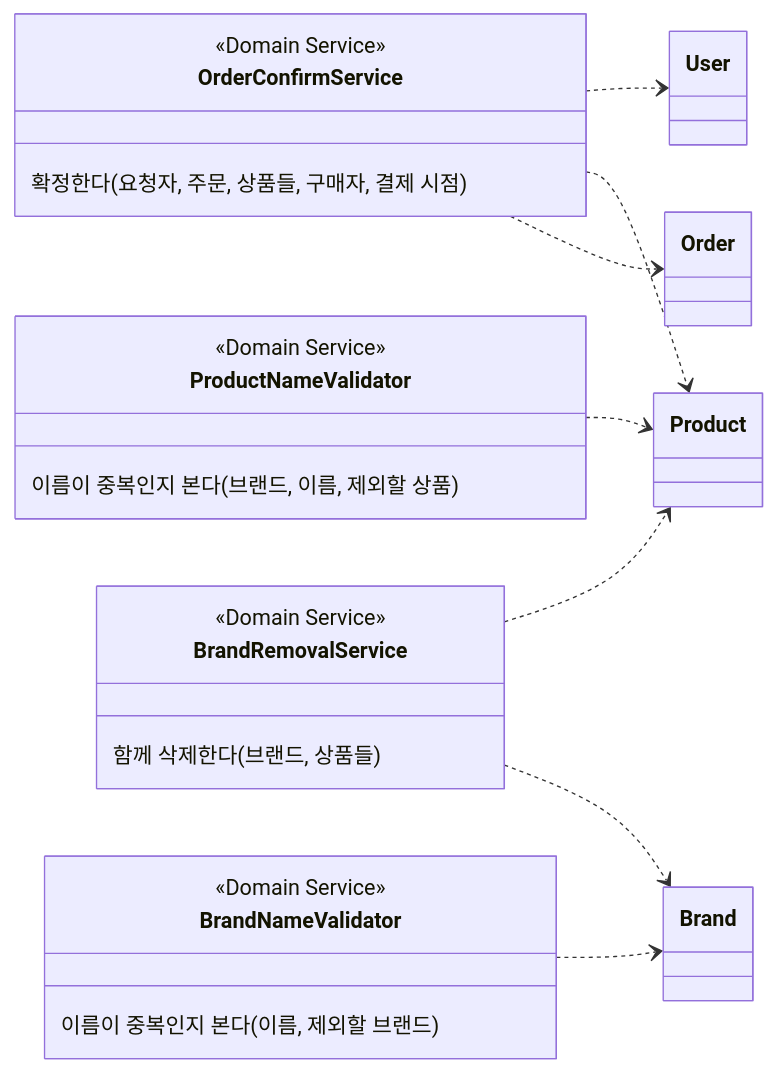
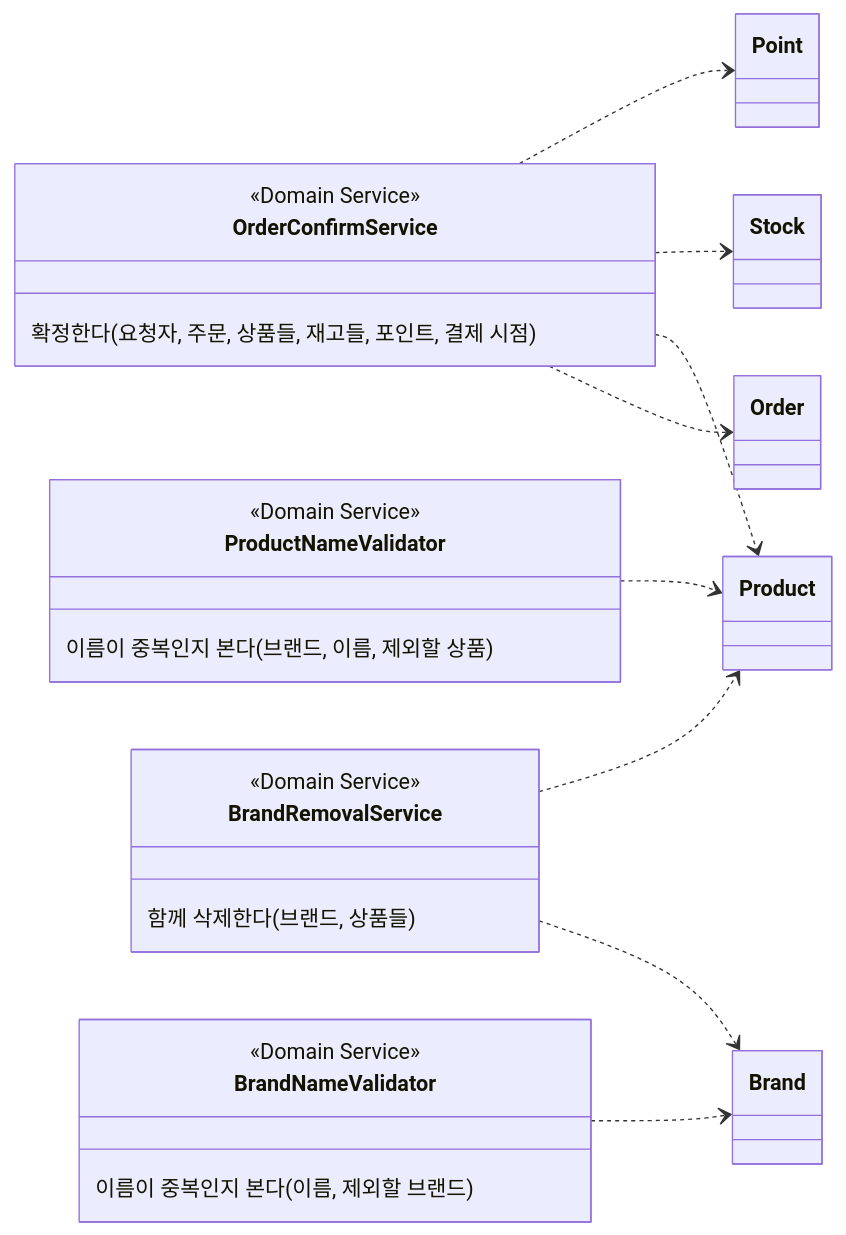
One commit to jeongye01/loop-pack-be-l2-vol5-java changed the second of 2 diagrams in docs/week2/domain-relations.md. Above: the diagram before and after it, drawn with Mermaid. The commit also changed other lines of this file and 3 other files, not shown here.

````diff
--- a/docs/week2/domain-relations.md
+++ b/docs/week2/domain-relations.md
@@ -137,29 +144,30 @@
 ```mermaid
 classDiagram
     direction LR
 
     class OrderConfirmService {
         <<Domain Service>>
-        확정한다(요청자, 주문, 상품들, 구매자, 결제 시점)
+        확정한다(요청자, 주문, 상품들, 재고들, 포인트, 결제 시점)
     }
     class BrandRemovalService {
         <<Domain Service>>
         함께 삭제한다(브랜드, 상품들)
     }
     class BrandNameValidator {
         <<Domain Service>>
         이름이 중복인지 본다(이름, 제외할 브랜드)
     }
     class ProductNameValidator {
         <<Domain Service>>
         이름이 중복인지 본다(브랜드, 이름, 제외할 상품)
     }
 
     OrderConfirmService ..> Order
     OrderConfirmService ..> Product
-    OrderConfirmService ..> User
+    OrderConfirmService ..> Stock
+    OrderConfirmService ..> Point
     BrandRemovalService ..> Brand
     BrandRemovalService ..> Product
     BrandNameValidator ..> Brand
     ProductNameValidator ..> Product
 ```
````
